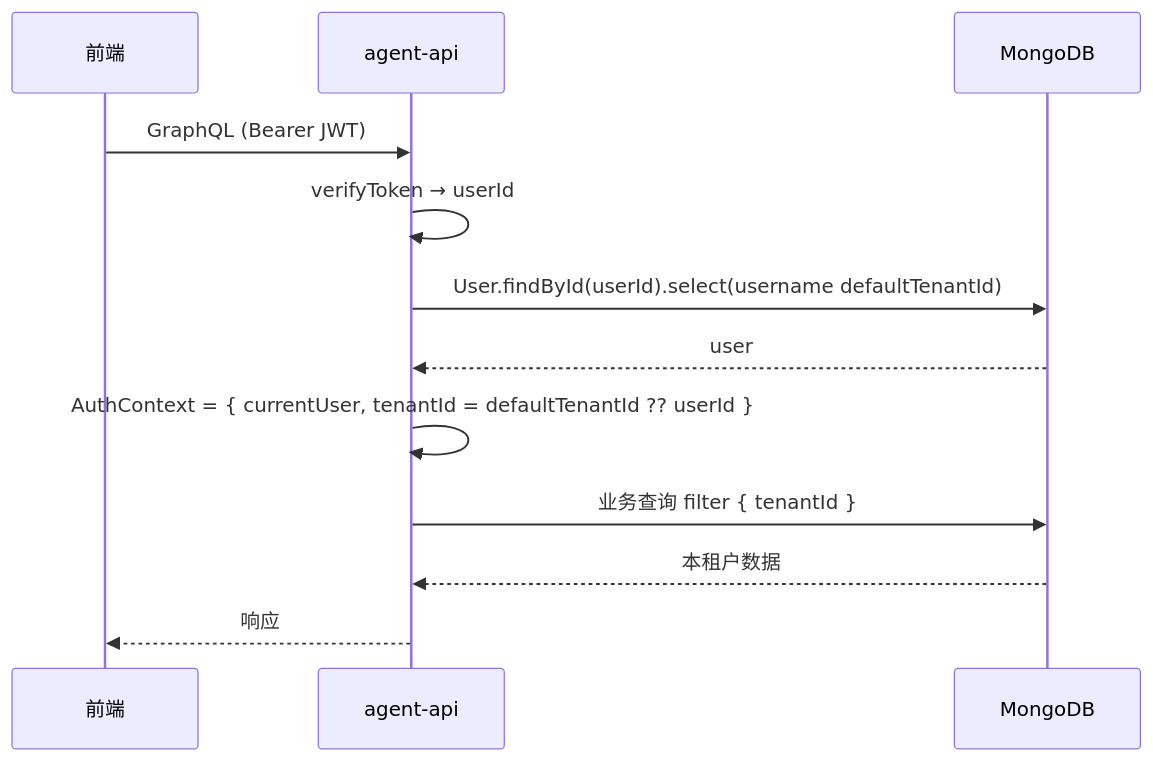
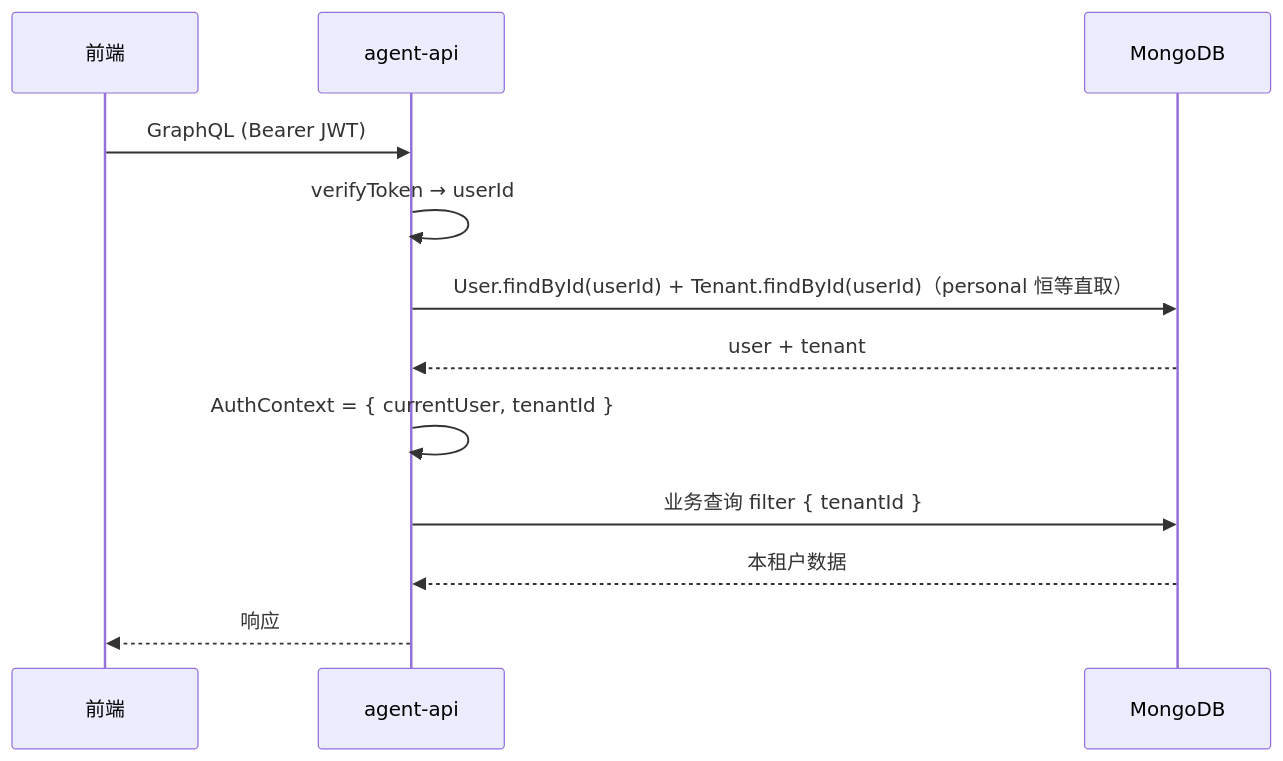
Before and after one commit to Deliay/z-agent-gear: the fourth of 6 diagrams in docs/engineering/proposals/20261027-feat-multi-tenant-phase1.md, drawn with Mermaid. The commit also changed other lines of this file and 3 other files, not shown here.

````diff
--- a/docs/engineering/proposals/20261027-feat-multi-tenant-phase1.md
+++ b/docs/engineering/proposals/20261027-feat-multi-tenant-phase1.md
@@ -267,14 +334,14 @@
 ```mermaid
 sequenceDiagram
     participant C as 前端
     participant A as agent-api
     participant D as MongoDB
     C->>A: GraphQL (Bearer JWT)
     A->>A: verifyToken → userId
-    A->>D: User.findById(userId).select(username defaultTenantId)
-    D-->>A: user
-    A->>A: AuthContext = { currentUser, tenantId = defaultTenantId ?? userId }
+    A->>D: User.findById(userId) + Tenant.findById(userId)（personal 恒等直取）
+    D-->>A: user + tenant
+    A->>A: AuthContext = { currentUser, tenantId }
     A->>D: 业务查询 filter { tenantId }
     D-->>A: 本租户数据
     A-->>C: 响应
 ```
````
